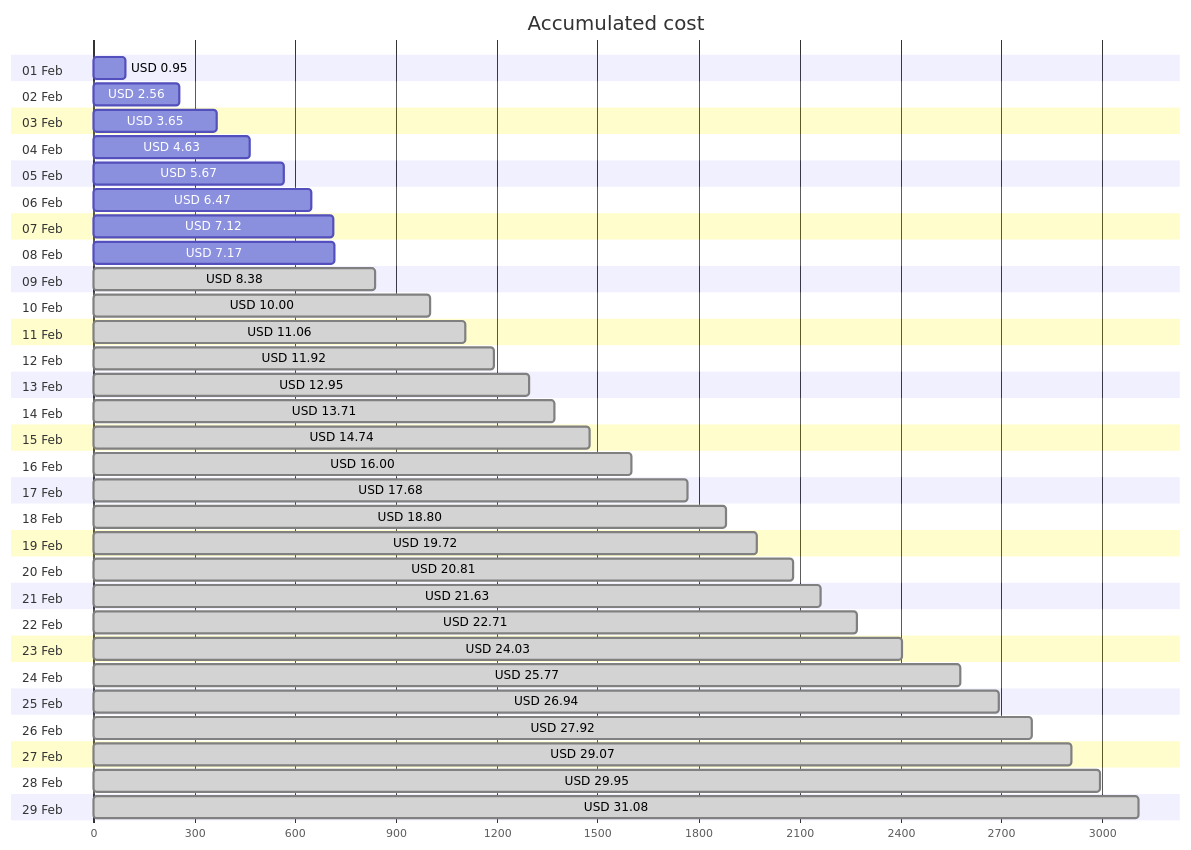
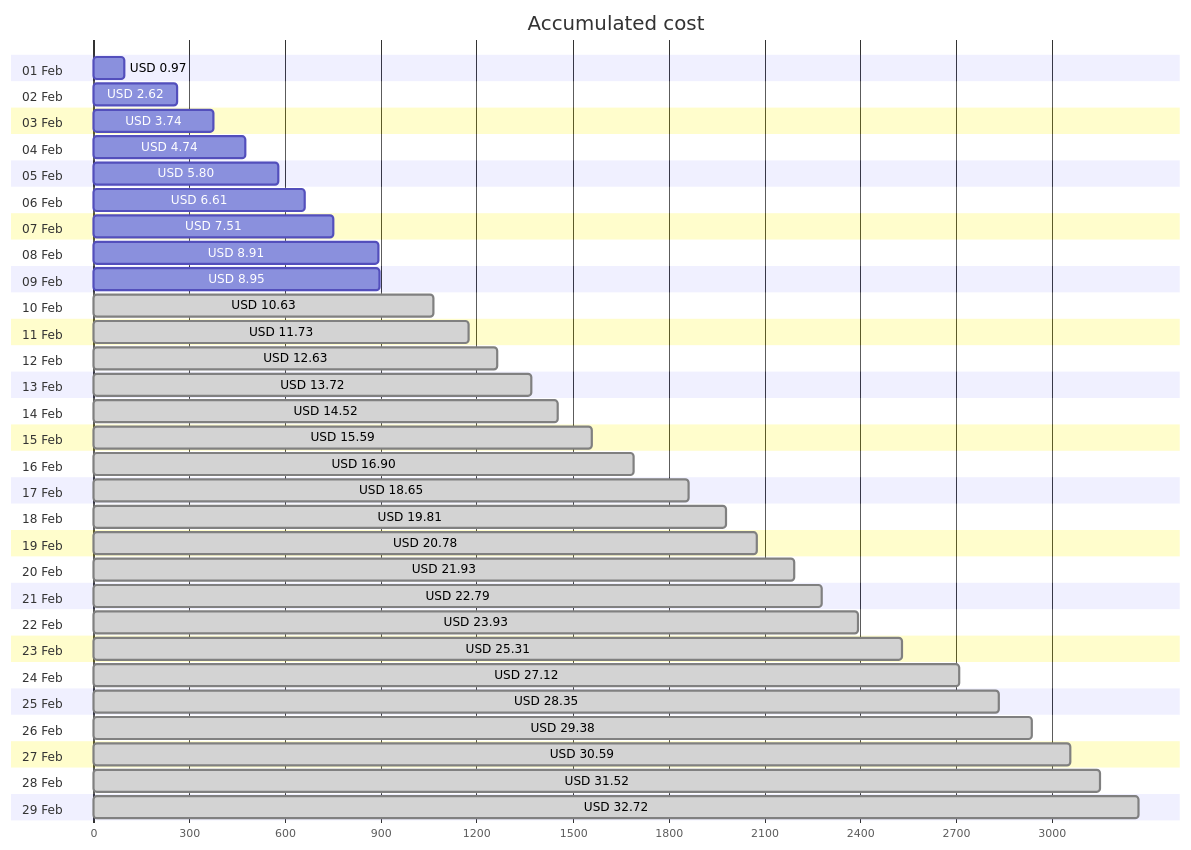
Before and after one commit to jpfulton/azure-personal-reports: the first of 4 diagrams in cost-reports/personal-network/vpn-server.md, drawn with Mermaid. The commit also changed other lines of this file and 8 other files, not shown here.

````diff
--- a/cost-reports/personal-network/vpn-server.md
+++ b/cost-reports/personal-network/vpn-server.md
@@ -20,64 +20,64 @@
 ```mermaid
 gantt
    title Accumulated cost
    dateFormat  X
    axisFormat %s
    section 01 Feb
-   USD 0.95 :0, 95
+   USD 0.97 :0, 97
    section 02 Feb
-   USD 2.56 :0, 256
+   USD 2.62 :0, 262
    section 03 Feb
-   USD 3.65 :0, 365
+   USD 3.74 :0, 374
    section 04 Feb
-   USD 4.63 :0, 463
+   USD 4.74 :0, 474
    section 05 Feb
-   USD 5.67 :0, 567
+   USD 5.80 :0, 580
    section 06 Feb
-   USD 6.47 :0, 647
+   USD 6.61 :0, 661
    section 07 Feb
-   USD 7.12 :0, 712
+   USD 7.51 :0, 751
    section 08 Feb
-   USD 7.17 :0, 717
+   USD 8.91 :0, 891
    section 09 Feb
-   USD 8.38 : done, 0, 838
+   USD 8.95 :0, 895
    section 10 Feb
-   USD 10.00 : done, 0, 1000
+   USD 10.63 : done, 0, 1063
    section 11 Feb
-   USD 11.06 : done, 0, 1106
+   USD 11.73 : done, 0, 1173
    section 12 Feb
-   USD 11.92 : done, 0, 1192
+   USD 12.63 : done, 0, 1263
    section 13 Feb
-   USD 12.95 : done, 0, 1295
+   USD 13.72 : done, 0, 1372
    section 14 Feb
-   USD 13.71 : done, 0, 1371
+   USD 14.52 : done, 0, 1452
    section 15 Feb
-   USD 14.74 : done, 0, 1474
+   USD 15.59 : done, 0, 1559
    section 16 Feb
-   USD 16.00 : done, 0, 1600
+   USD 16.90 : done, 0, 1690
    section 17 Feb
-   USD 17.68 : done, 0, 1768
+   USD 18.65 : done, 0, 1865
    section 18 Feb
-   USD 18.80 : done, 0, 1880
+   USD 19.81 : done, 0, 1981
    section 19 Feb
-   USD 19.72 : done, 0, 1972
+   USD 20.78 : done, 0, 2078
    section 20 Feb
-   USD 20.81 : done, 0, 2081
+   USD 21.93 : done, 0, 2193
    section 21 Feb
-   USD 21.63 : done, 0, 2163
+   USD 22.79 : done, 0, 2279
    section 22 Feb
-   USD 22.71 : done, 0, 2271
+   USD 23.93 : done, 0, 2393
    section 23 Feb
-   USD 24.03 : done, 0, 2403
+   USD 25.31 : done, 0, 2531
    section 24 Feb
-   USD 25.77 : done, 0, 2577
+   USD 27.12 : done, 0, 2712
    section 25 Feb
-   USD 26.94 : done, 0, 2694
+   USD 28.35 : done, 0, 2835
    section 26 Feb
-   USD 27.92 : done, 0, 2792
+   USD 29.38 : done, 0, 2938
    section 27 Feb
-   USD 29.07 : done, 0, 2907
+   USD 30.59 : done, 0, 3059
    section 28 Feb
-   USD 29.95 : done, 0, 2995
+   USD 31.52 : done, 0, 3152
    section 29 Feb
-   USD 31.08 : done, 0, 3108
+   USD 32.72 : done, 0, 3272
 ```
````
